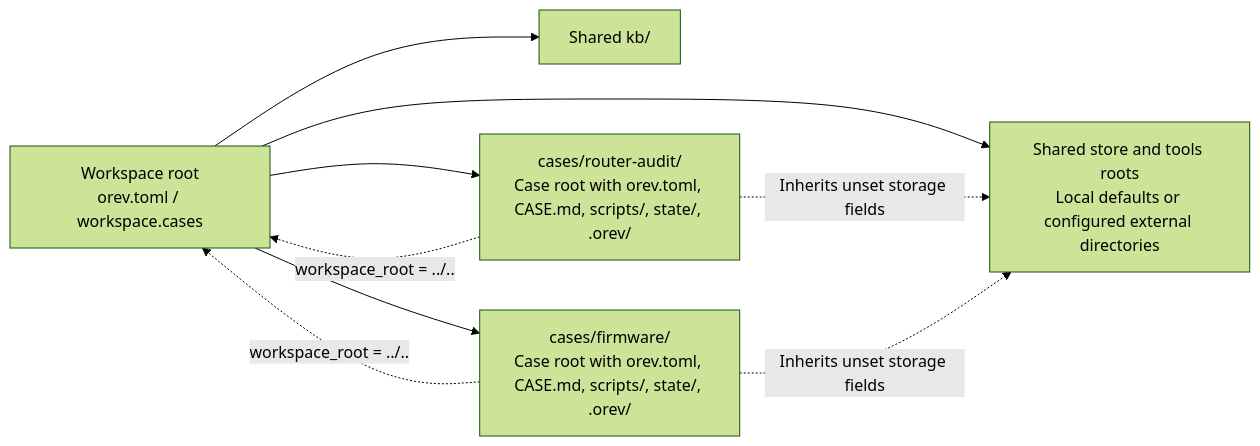
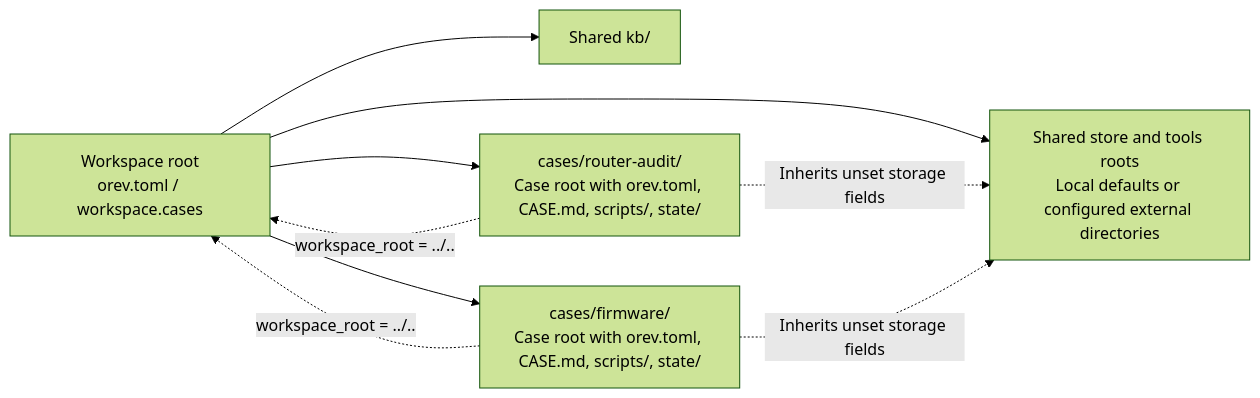
One commit to laurenthuang/orev changed the second of 3 diagrams in docs/dev/architecture.md. Above: the diagram before and after it, drawn with Mermaid (forest theme). The commit also changed 9 other files, not shown here.

````diff
--- a/docs/dev/architecture.md
+++ b/docs/dev/architecture.md
@@ -80,12 +80,12 @@
 ```mermaid
 flowchart LR
     workspace["Workspace root<br/>orev.toml / workspace.cases"]
     workspace --> kb["Shared kb/"]
     workspace --> storage["Shared store and tools roots<br/>Local defaults or configured external directories"]
-    workspace --> a["cases/router-audit/<br/>Case root with orev.toml, CASE.md, scripts/, state/, .orev/"]
-    workspace --> b["cases/firmware/<br/>Case root with orev.toml, CASE.md, scripts/, state/, .orev/"]
+    workspace --> a["cases/router-audit/<br/>Case root with orev.toml, CASE.md, scripts/, state/"]
+    workspace --> b["cases/firmware/<br/>Case root with orev.toml, CASE.md, scripts/, state/"]
     a -. "workspace_root = ../.." .-> workspace
     b -. "workspace_root = ../.." .-> workspace
     a -. "Inherits unset storage fields" .-> storage
     b -. "Inherits unset storage fields" .-> storage
 ```
````
